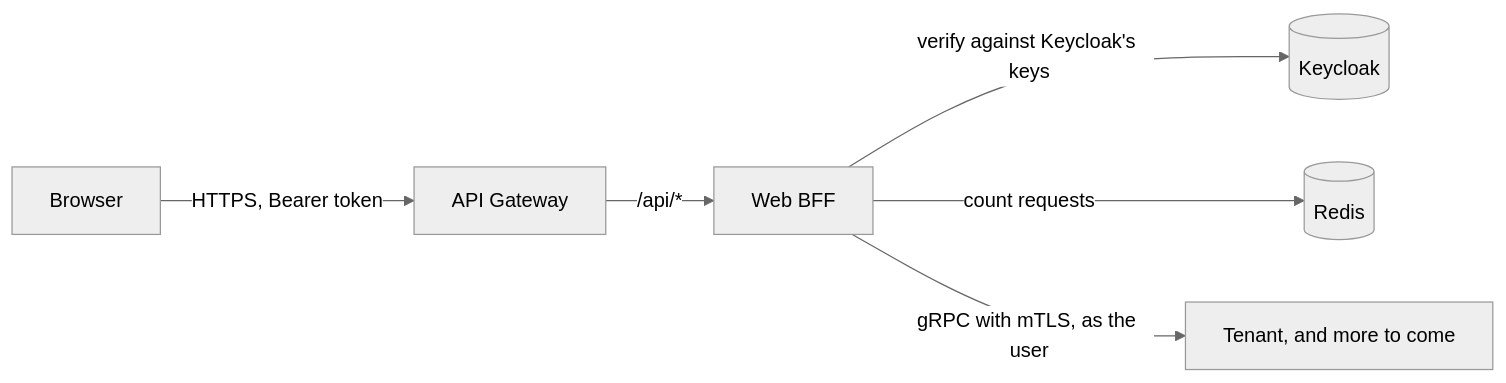
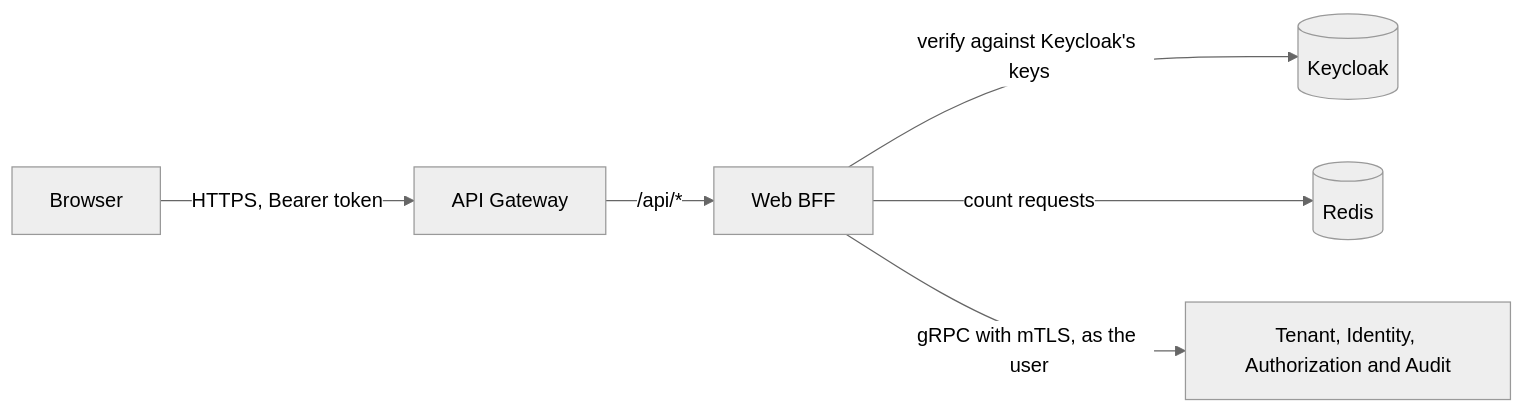
Before and after one commit to wasif1024/windops-ai: the diagram in services/web-bff-service/README.md, drawn with Mermaid (neutral theme). The commit also changed other lines of this file and 24 other files, not shown here.

First line of the commit message:
feat(web-bff): add the admin console API, and make Audit need audit.read (#48)

````diff
--- a/services/web-bff-service/README.md
+++ b/services/web-bff-service/README.md
@@ -6,7 +6,7 @@
 ```mermaid
 flowchart LR
     Browser -->|"HTTPS, Bearer token"| Gateway["API Gateway"] -->|/api/*| BFF["Web BFF"]
     BFF -->|"verify against Keycloak's keys"| Keycloak[("Keycloak")]
     BFF -->|"count requests"| Redis[("Redis")]
-    BFF -->|"gRPC with mTLS, as the user"| Services["Tenant, and more to come"]
+    BFF -->|"gRPC with mTLS, as the user"| Services["Tenant, Identity, Authorization and Audit"]
 ```
````
